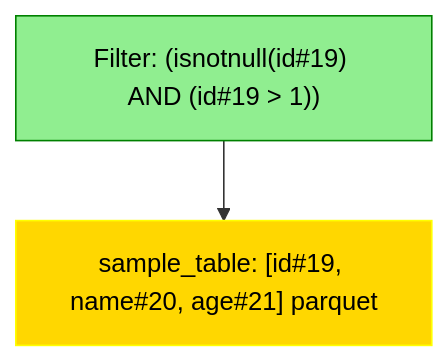
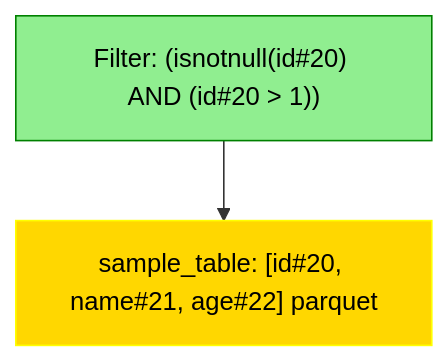
Before and after one commit to NielkNetraam/explainalyzed: the diagram in data/visualization/filter.mmd, drawn with Mermaid. The commit also changed 61 other files, not shown here.

```diff
--- a/data/visualization/filter.mmd
+++ b/data/visualization/filter.mmd
@@ -1,13 +1,13 @@
 flowchart TD
     classDef PROJECT stroke:Blue,fill:LightBlue,color:black
     classDef FILTER stroke:Green,fill:LightGreen,color:black
     classDef UNION stroke:Purple,fill:Violet,color:black
     classDef JOIN stroke:DarkOrange,fill:Orange,color:black
     classDef RELATION stroke:Yellow,fill:Gold,color:black
     classDef AGGREGATE stroke:Brown,fill:Chocolate,color:black
     classDef WINDOW stroke:Aqua,fill:Cyan,color:black
 
-    Filter#00001["Filter: (isnotnull(id#19) AND (id#19 > 1))"]:::FILTER
-    Relation#00002["sample_table: [id#19, name#20, age#21] parquet"]:::RELATION
+    Filter#00001["Filter: (isnotnull(id#20) AND (id#20 > 1))"]:::FILTER
+    Relation#00002["sample_table: [id#20, name#21, age#22] parquet"]:::RELATION
 
     Filter#00001 --> Relation#00002
```
